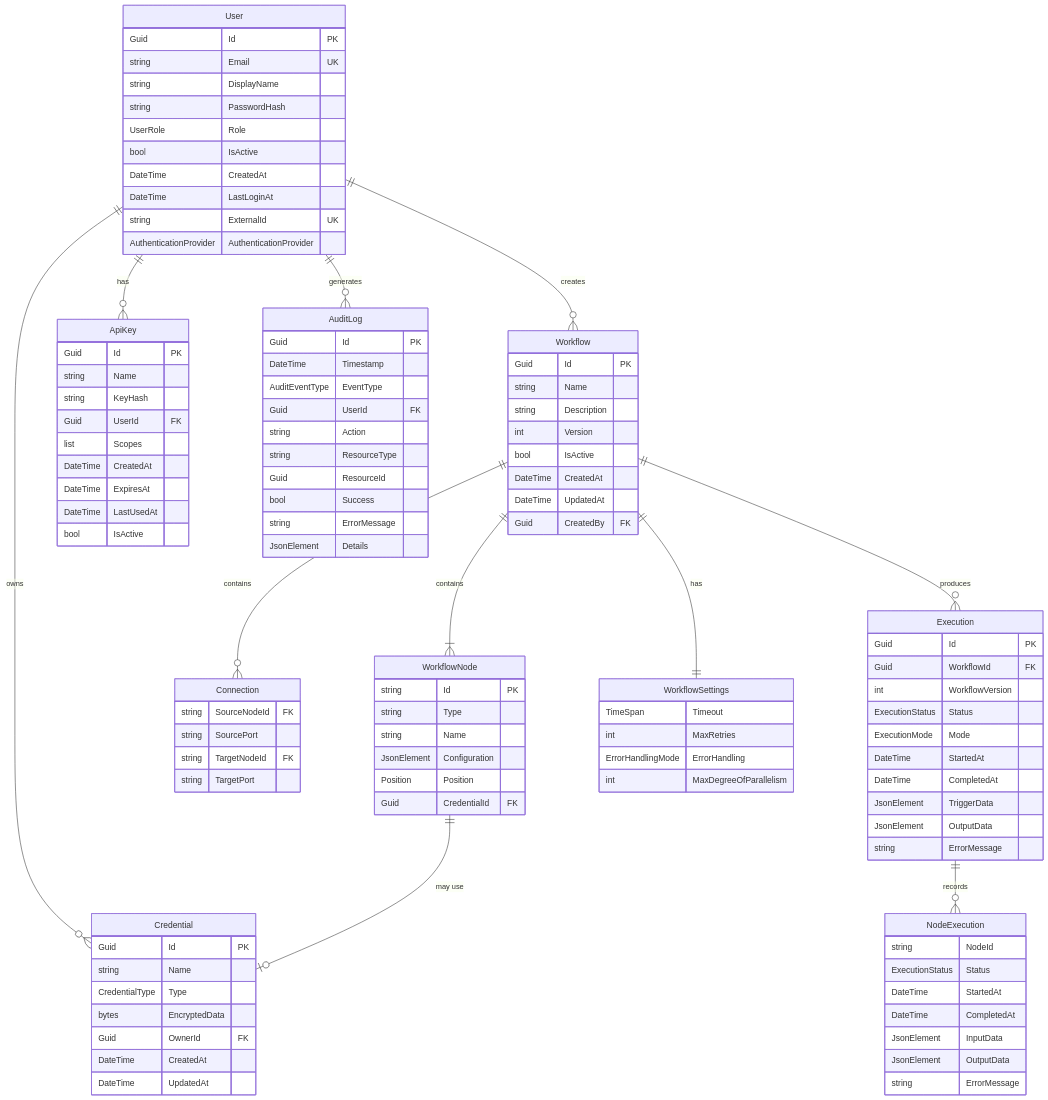
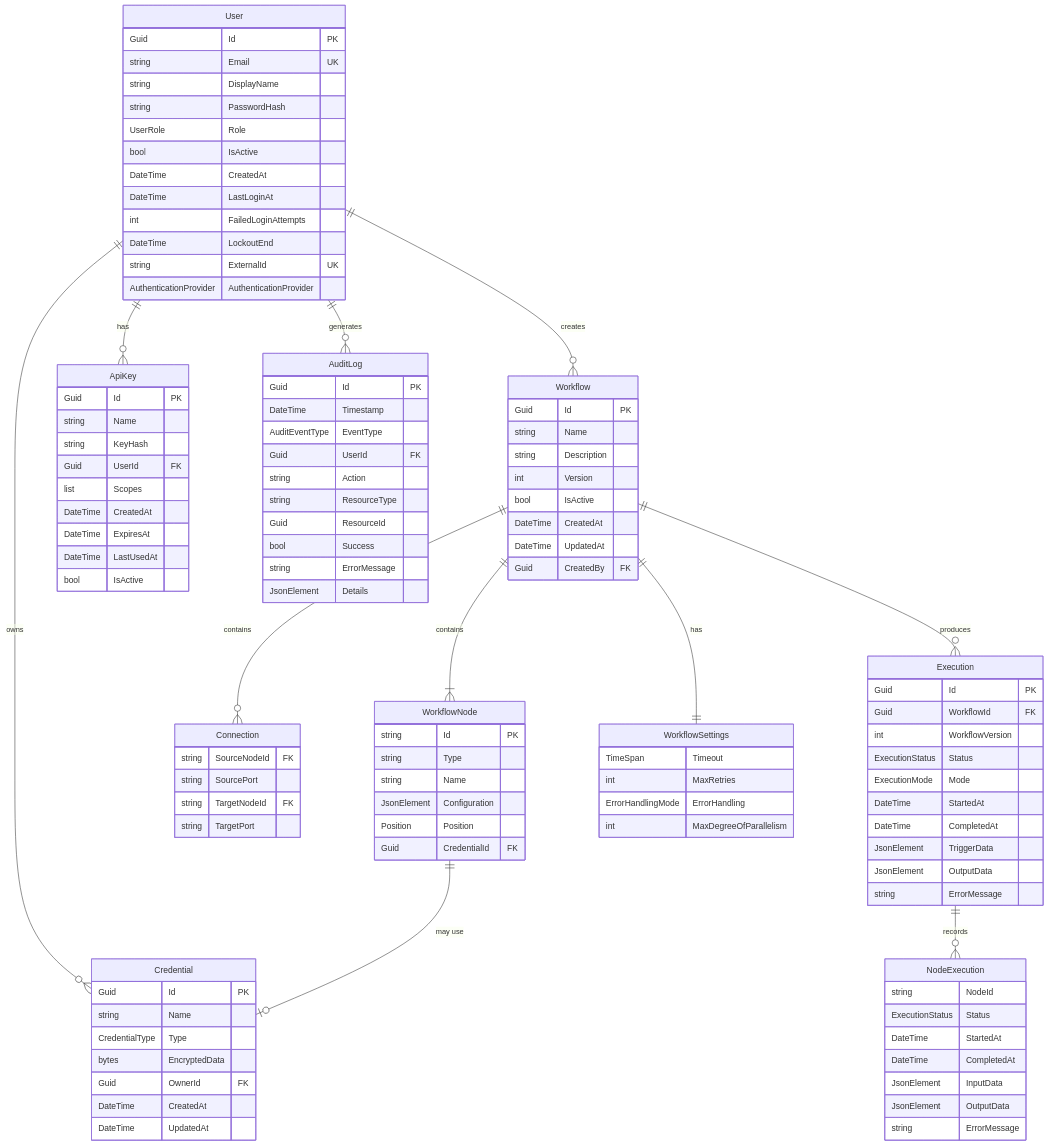
The first of 2 diagrams in docs/03-domain-model.md (homolibere/Vyshyvanka), drawn with Mermaid before and after one commit. The commit also changed 20 other files, not shown here.

```diff
--- a/docs/03-domain-model.md
+++ b/docs/03-domain-model.md
@@ -27,6 +27,8 @@
         bool IsActive
         DateTime CreatedAt
         DateTime LastLoginAt
+        int FailedLoginAttempts
+        DateTime LockoutEnd
         string ExternalId UK
         AuthenticationProvider AuthenticationProvider
     }
```
